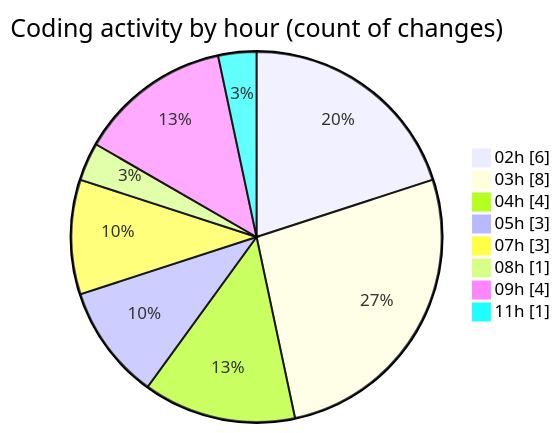
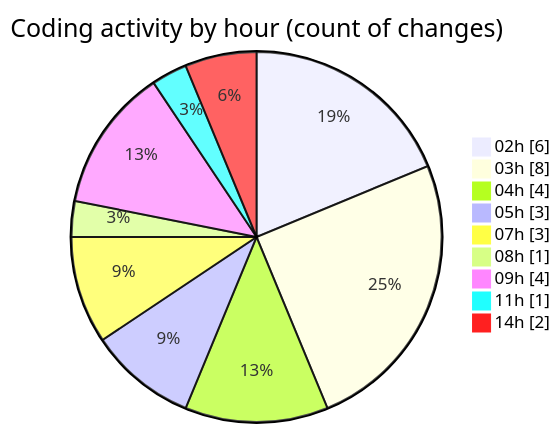
The second of 2 diagrams in 2025-07-03/cursor/README.md (FelipKnott/code-tracking), drawn with Mermaid before and after one commit. The commit also changed other lines of this file and 1 other file, not shown here.

````diff
--- a/2025-07-03/cursor/README.md
+++ b/2025-07-03/cursor/README.md
@@ -35,12 +35,13 @@
 ```mermaid
 pie showData
 title Coding activity by hour (count of changes)
 "02h" : 6
 "03h" : 8
 "04h" : 4
 "05h" : 3
 "07h" : 3
 "08h" : 1
 "09h" : 4
 "11h" : 1
+"14h" : 2
 ```
````
